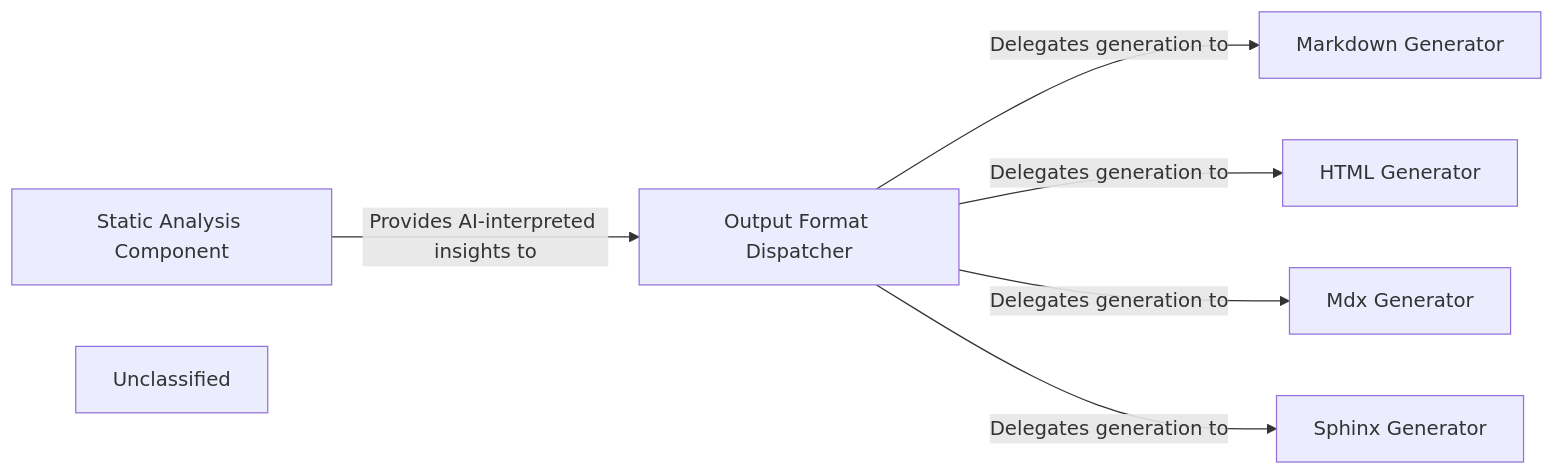
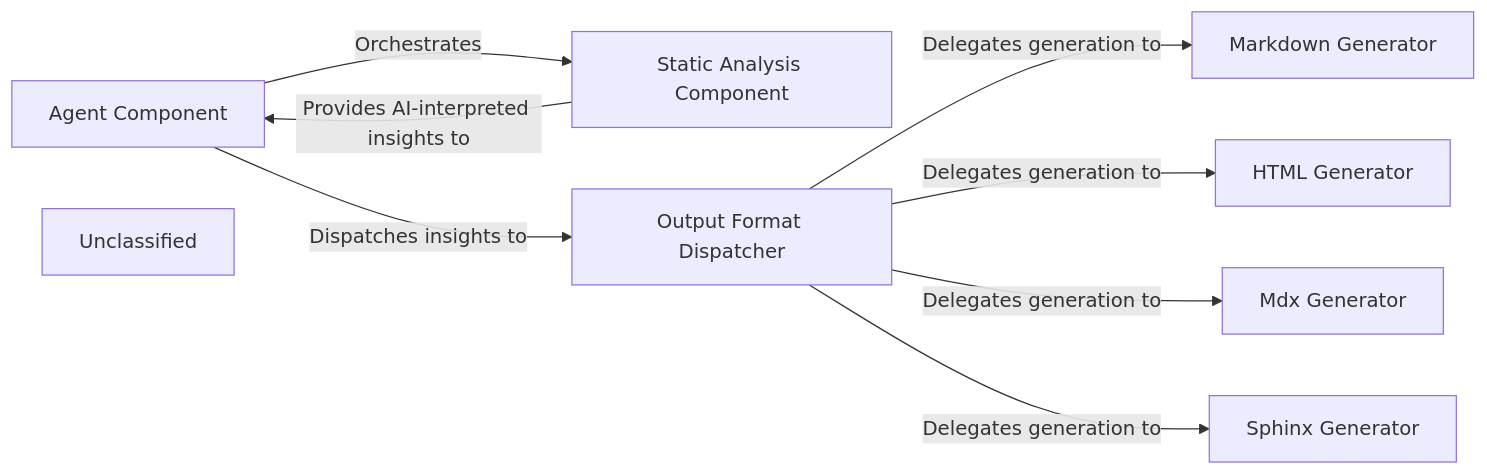
The diagram in .codeboarding/Output_Generation_Engine.md (CodeBoarding/CodeBoarding), drawn with Mermaid before and after one commit. The commit also changed other lines of this file and 19 other files, not shown here.

First line of the commit message:
docs: update codeboarding documentation and generate architecture

````diff
--- a/.codeboarding/Output_Generation_Engine.md
+++ b/.codeboarding/Output_Generation_Engine.md
@@ -1,15 +1,19 @@
 ```mermaid
 graph LR
+    Agent_Component["Agent Component"]
     Static_Analysis_Component["Static Analysis Component"]
     Output_Format_Dispatcher["Output Format Dispatcher"]
     Markdown_Generator["Markdown Generator"]
     HTML_Generator["HTML Generator"]
     Mdx_Generator["Mdx Generator"]
     Sphinx_Generator["Sphinx Generator"]
     Unclassified["Unclassified"]
-    Static_Analysis_Component -- "Provides AI-interpreted insights to" --> Output_Format_Dispatcher
+    Unclassified["Unclassified"]
+    Agent_Component -- "Orchestrates" --> Static_Analysis_Component
+    Agent_Component -- "Dispatches insights to" --> Output_Format_Dispatcher
+    Static_Analysis_Component -- "Provides AI-interpreted insights to" --> Agent_Component
     Output_Format_Dispatcher -- "Delegates generation to" --> Markdown_Generator
     Output_Format_Dispatcher -- "Delegates generation to" --> HTML_Generator
     Output_Format_Dispatcher -- "Delegates generation to" --> Mdx_Generator
     Output_Format_Dispatcher -- "Delegates generation to" --> Sphinx_Generator
 ```
````
